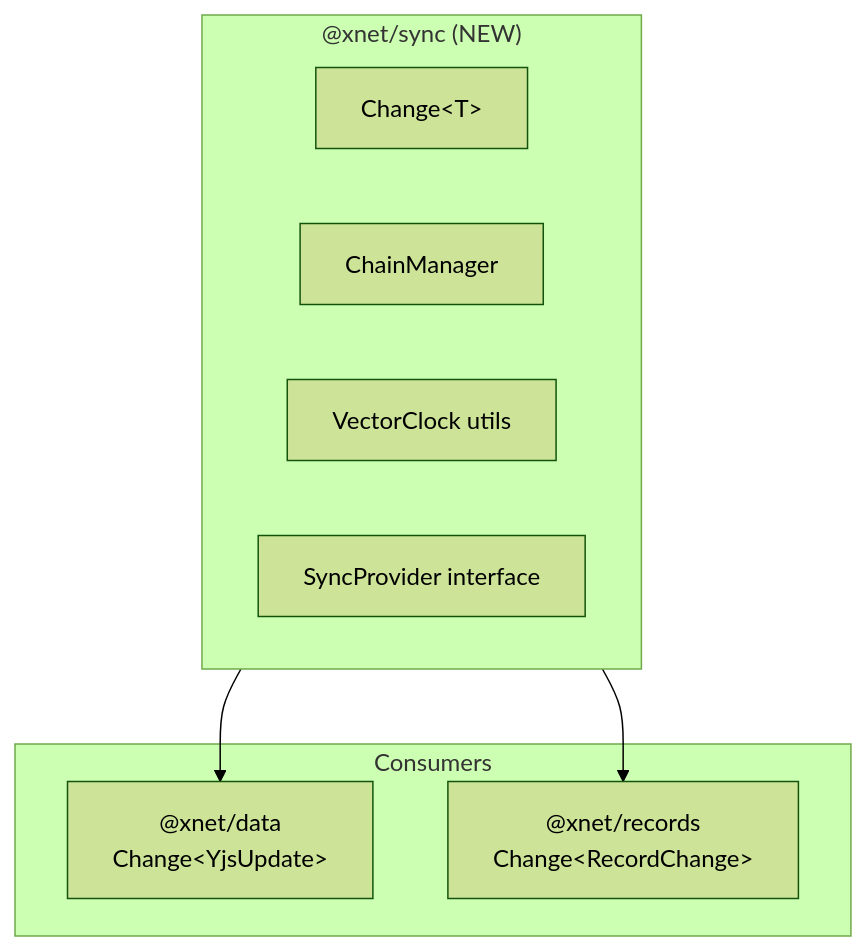
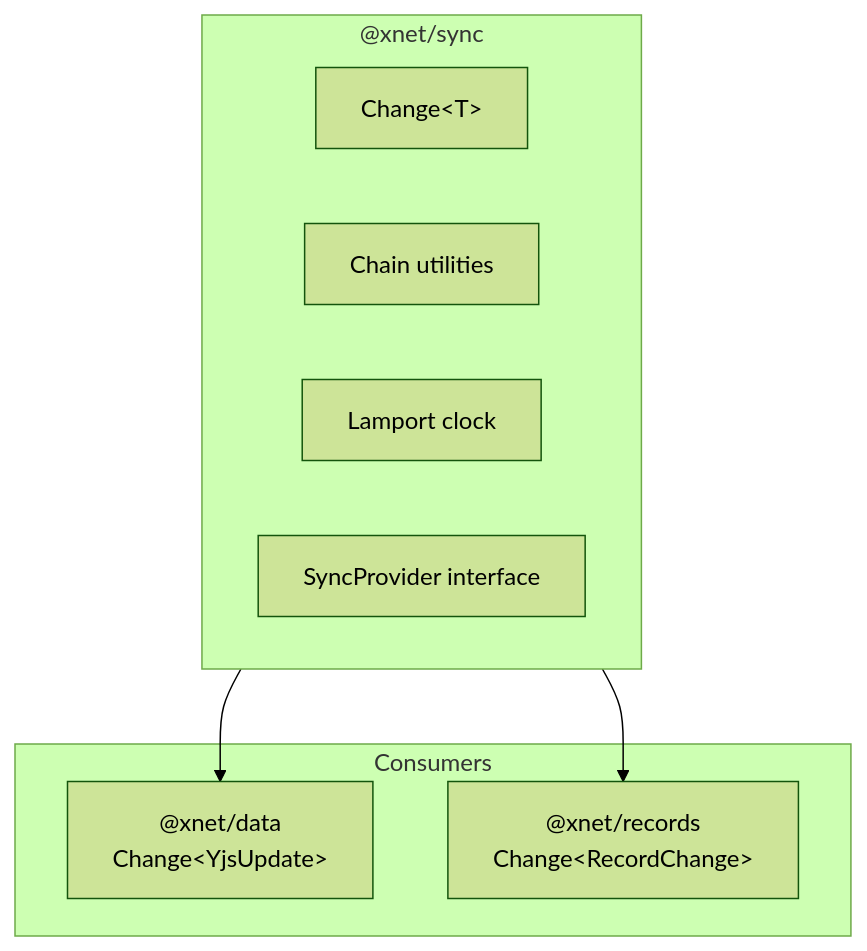
The diagram in docs/planStep02_1DataModelConsolidation/01-xnet-sync-package.md (crs48/xNet), drawn with Mermaid (forest theme) before and after one commit. The commit also changed other lines of this file and 16 other files, not shown here.

First line of the commit message:
Refactor @xnet/sync to use Lamport timestamps instead of vector clocks

````diff
--- a/docs/planStep02_1DataModelConsolidation/01-xnet-sync-package.md
+++ b/docs/planStep02_1DataModelConsolidation/01-xnet-sync-package.md
@@ -13,17 +12,17 @@
 ```mermaid
 flowchart TD
-    subgraph sync["@xnet/sync (NEW)"]
+    subgraph sync["@xnet/sync"]
         OP["Change&lt;T&gt;"]
-        CHAIN["ChainManager"]
-        CLOCK["VectorClock utils"]
+        CHAIN["Chain utilities"]
+        CLOCK["Lamport clock"]
         PROVIDER["SyncProvider interface"]
     end
 
     subgraph consumers["Consumers"]
         DATA["@xnet/data<br/>Change&lt;YjsUpdate&gt;"]
         RECORDS["@xnet/records<br/>Change&lt;RecordChange&gt;"]
     end
 
     sync --> DATA
     sync --> RECORDS
 ```
````
